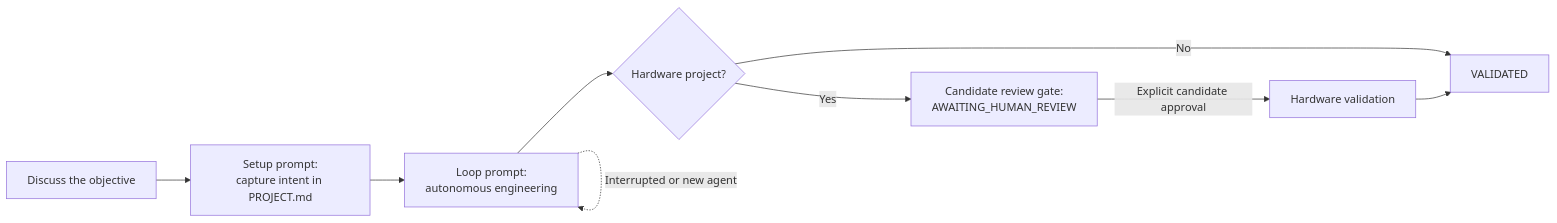
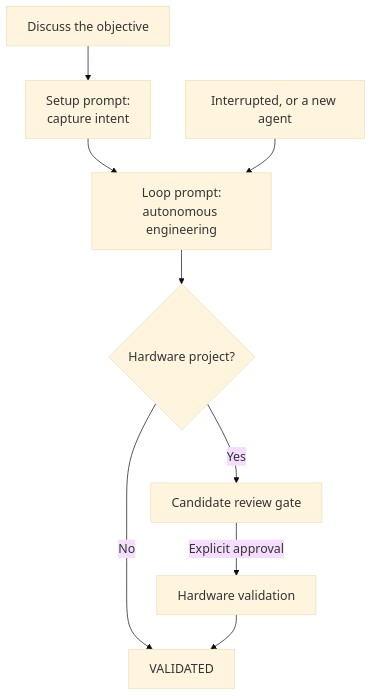
Before and after one commit to TungDoIt/agentic-engineering-template: the first of 2 diagrams in README.md, drawn with Mermaid. The commit also changed other lines of this file, not shown here.

First line of the commit message:
Improve README diagram legibility

````diff
--- a/README.md
+++ b/README.md
@@ -27,11 +27,12 @@
 ```mermaid
-flowchart LR
-    D[Discuss the objective] --> S[Setup prompt:<br/>capture intent in PROJECT.md]
+%%{init: {'theme': 'base', 'themeVariables': {'fontSize': '18px'}}}%%
+flowchart TD
+    D[Discuss the objective] --> S[Setup prompt:<br/>capture intent]
     S --> L[Loop prompt:<br/>autonomous engineering]
+    RS[Interrupted, or a new agent] --> L
     L --> G{Hardware project?}
     G -->|No| V[VALIDATED]
-    G -->|Yes| RG[Candidate review gate:<br/>AWAITING_HUMAN_REVIEW]
-    RG -->|Explicit candidate approval| HV[Hardware validation]
+    G -->|Yes| RG[Candidate review gate]
+    RG -->|Explicit approval| HV[Hardware validation]
     HV --> V
-    L -.->|Interrupted or new agent| L
 ```
````
